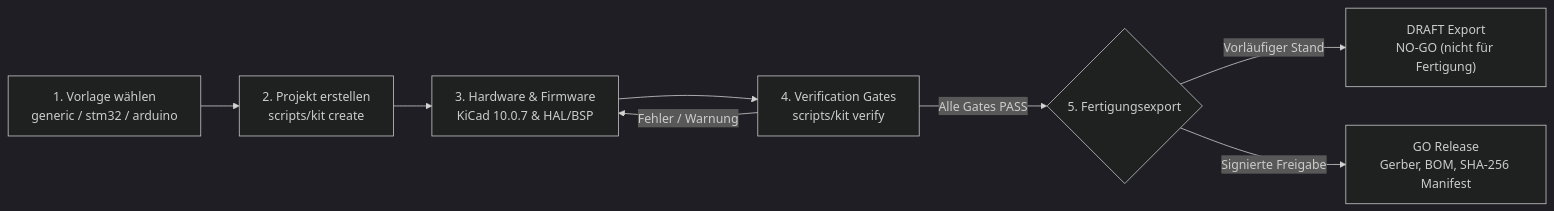
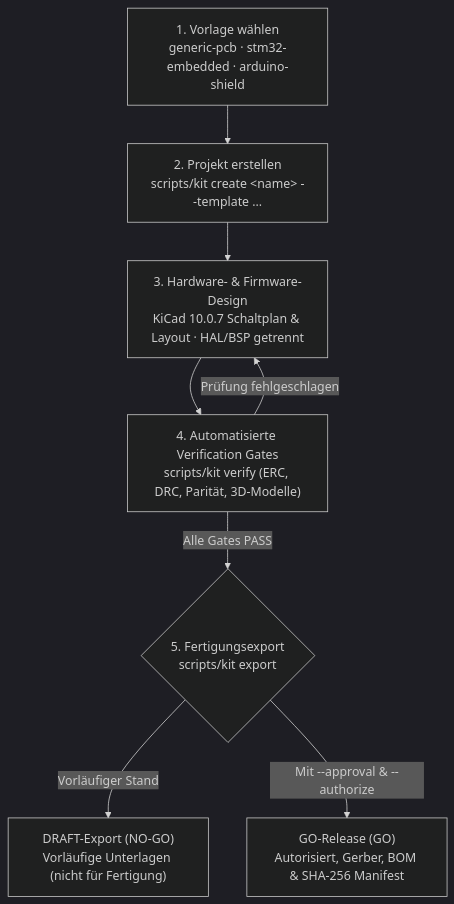
One commit to CagriCatik/PCB-Project-Template changed the diagram in docs/index.md. Above: the diagram before and after it, drawn with Mermaid (dark theme). The commit also changed other lines of this file and 18 other files, not shown here.

````diff
--- a/docs/index.md
+++ b/docs/index.md
@@ -70,10 +81,12 @@
 ```mermaid
-flowchart LR
-    A["1. Vorlage wählen<br/>generic / stm32 / arduino"] --> B["2. Projekt erstellen<br/>scripts/kit create"]
-    B --> C["3. Hardware & Firmware<br/>KiCad 10.0.7 & HAL/BSP"]
-    C --> D["4. Verification Gates<br/>scripts/kit verify"]
-    D -->|Fehler / Warnung| C
-    D -->|Alle Gates PASS| E{"5. Fertigungsexport"}
-    E -->|Vorläufiger Stand| F["DRAFT Export<br/>NO-GO (nicht für Fertigung)"]
-    E -->|Signierte Freigabe| G["GO Release<br/>Gerber, BOM, SHA-256 Manifest"]
+flowchart TD
+    A["1. Vorlage wählen<br/>generic-pcb · stm32-embedded · arduino-shield"] --> B["2. Projekt erstellen<br/>scripts/kit create &lt;name&gt; --template ..."]
+    B --> C["3. Hardware- &amp; Firmware-Design<br/>KiCad 10.0.7 Schaltplan &amp; Layout · HAL/BSP getrennt"]
+    C --> D["4. Automatisierte Verification Gates<br/>scripts/kit verify (ERC, DRC, Parität, 3D-Modelle)"]
+    
+    D -->|Prüfung fehlgeschlagen| C
+    D -->|Alle Gates PASS| E{"5. Fertigungsexport<br/>scripts/kit export"}
+    
+    E -->|Vorläufiger Stand| F["DRAFT-Export (NO-GO)<br/>Vorläufige Unterlagen (nicht für Fertigung)"]
+    E -->|Mit --approval &amp; --authorize| G["GO-Release (GO)<br/>Autorisiert, Gerber, BOM &amp; SHA-256 Manifest"]
 ```
````
